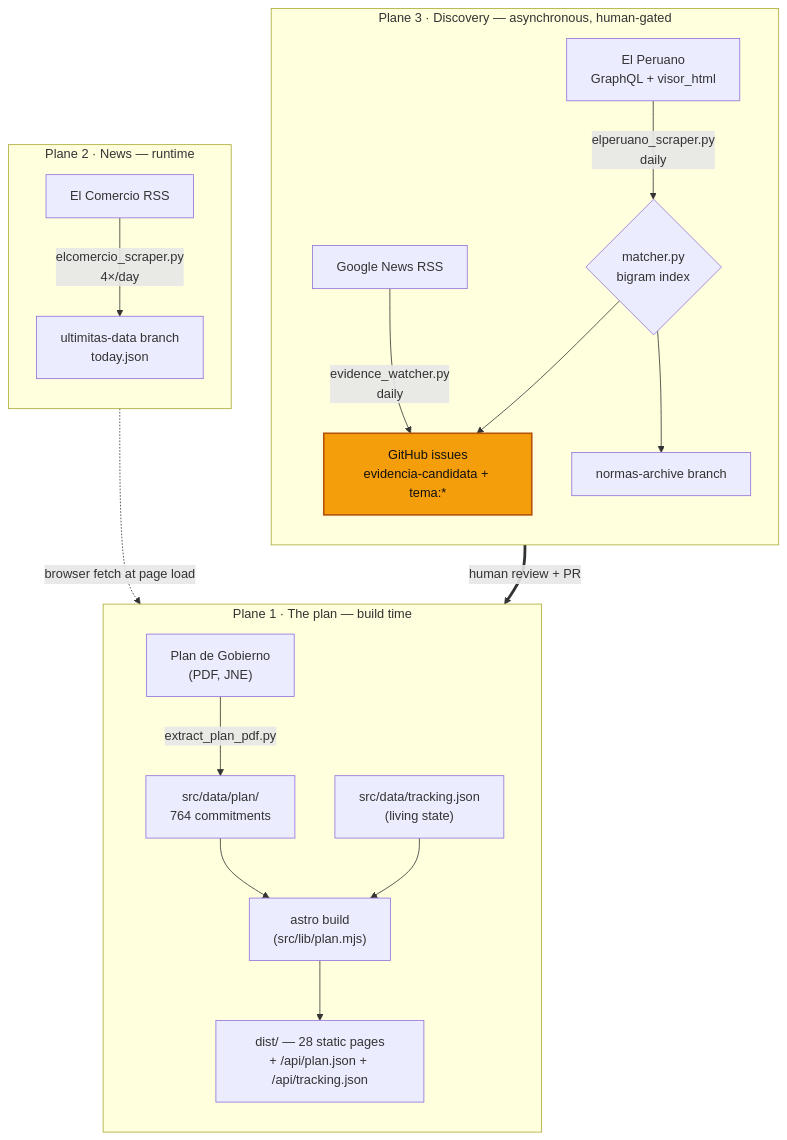
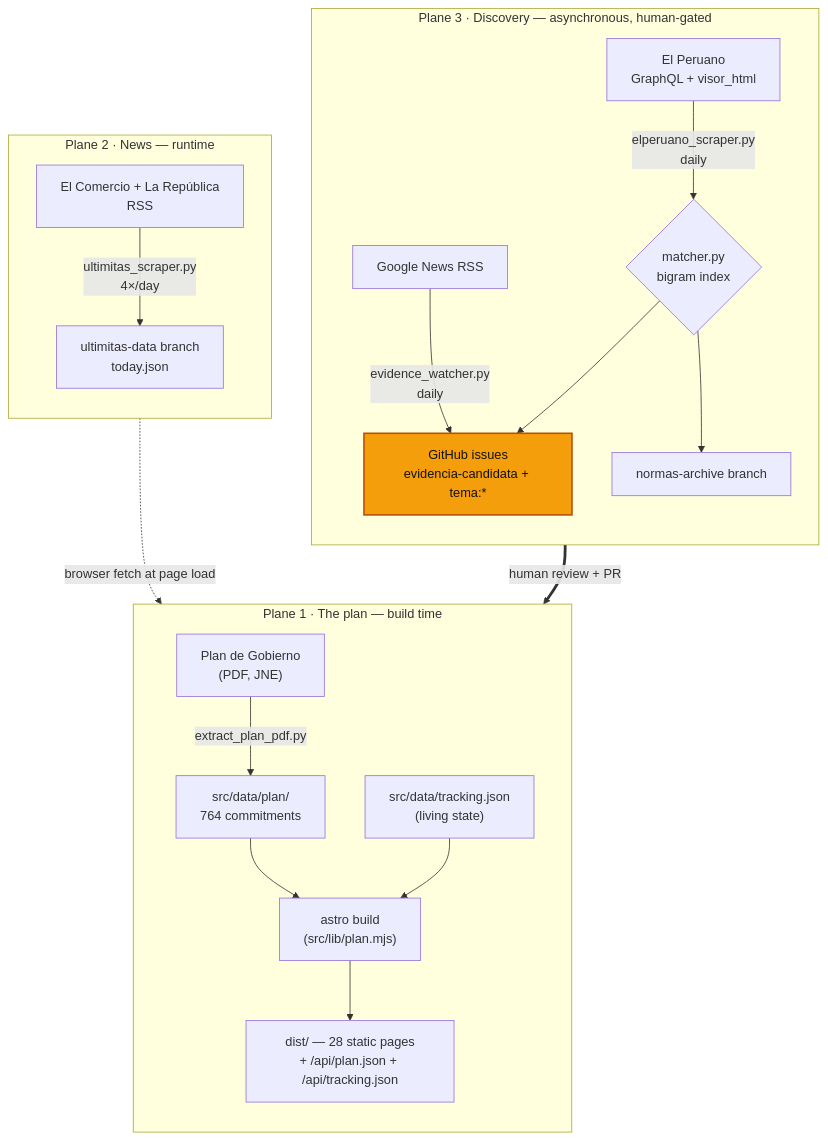
Before and after one commit to DianCotrina/keikogobierna: the diagram in docs/ARCHITECTURE.md, drawn with Mermaid. The commit also changed other lines of this file and 3 other files, not shown here.

Commit message:
chore: point workflow and docs at ultimitas_scraper

````diff
--- a/docs/ARCHITECTURE.md
+++ b/docs/ARCHITECTURE.md
@@ -11,30 +11,30 @@
 ```mermaid
 flowchart TB
     subgraph P3["Plane 3 · Discovery — asynchronous, human-gated"]
         direction TB
         EP["El Peruano<br/>GraphQL + visor_html"] -->|"elperuano_scraper.py<br/>daily"| MATCH{"matcher.py<br/>bigram index"}
         GN["Google News RSS"] -->|"evidence_watcher.py<br/>daily"| ISSUES
         MATCH --> ISSUES["GitHub issues<br/>evidencia-candidata + tema:*"]
         MATCH --> ARCH["normas-archive branch"]
     end
 
     subgraph P2["Plane 2 · News — runtime"]
         direction TB
-        EC["El Comercio RSS"] -->|"elcomercio_scraper.py<br/>4×/day"| UD["ultimitas-data branch<br/>today.json"]
+        EC["El Comercio + La República<br/>RSS"] -->|"ultimitas_scraper.py<br/>4×/day"| UD["ultimitas-data branch<br/>today.json"]
     end
 
     subgraph P1["Plane 1 · The plan — build time"]
         direction TB
         PDF["Plan de Gobierno<br/>(PDF, JNE)"] -->|"extract_plan_pdf.py"| PLAN["src/data/plan/<br/>764 commitments"]
         TRACK["src/data/tracking.json<br/>(living state)"]
         PLAN --> BUILD["astro build<br/>(src/lib/plan.mjs)"]
         TRACK --> BUILD
         BUILD --> DIST["dist/ — 28 static pages<br/>+ /api/plan.json + /api/tracking.json"]
     end
 
     ISSUES ==>|"human review + PR"| TRACK
     UD -.->|"browser fetch at page load"| DIST
 
     classDef human fill:#f59e0b,stroke:#b45309,stroke-width:2px,color:#111
     class ISSUES human
 ```
````
